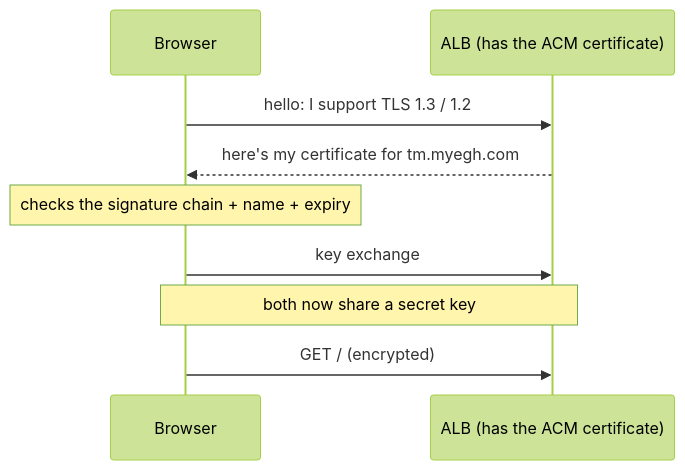
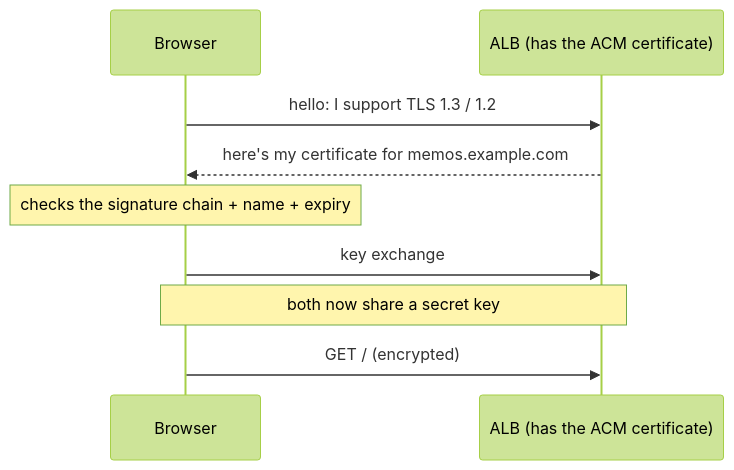
Before and after one commit to EnamulRahman/doomscrolling-app-devops: the fifth of 6 diagrams in content/learn/05-networking.md, drawn with Mermaid (forest theme). The commit also changed other lines of this file and 36 other files, not shown here.

First line of the commit message:
Make the course generic, with Memos as a worked example

````diff
--- a/content/learn/05-networking.md
+++ b/content/learn/05-networking.md
@@ -171,11 +171,11 @@
 ```mermaid
 sequenceDiagram
   participant B as Browser
   participant L as ALB (has the ACM certificate)
   B->>L: hello: I support TLS 1.3 / 1.2
-  L-->>B: here's my certificate for tm.myegh.com
+  L-->>B: here's my certificate for memos.example.com
   Note over B: checks the signature chain + name + expiry
   B->>L: key exchange
   Note over B,L: both now share a secret key
   B->>L: GET / (encrypted)
 ```
````
